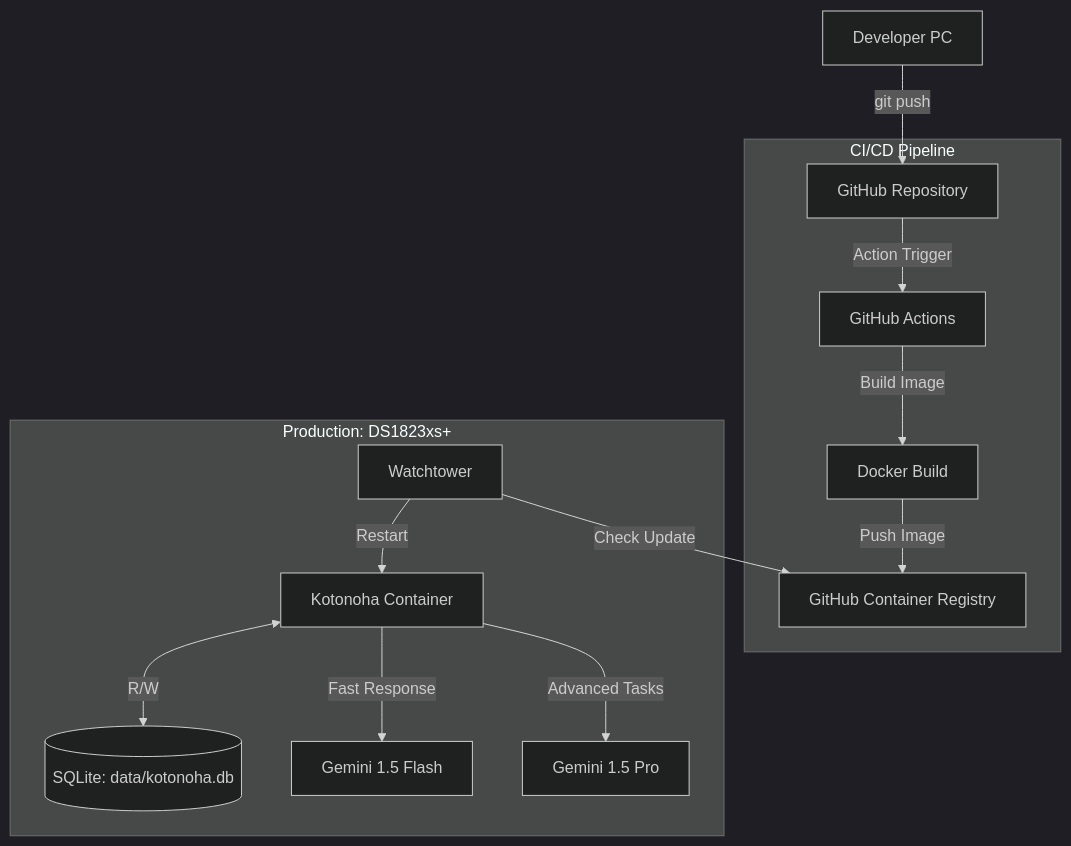
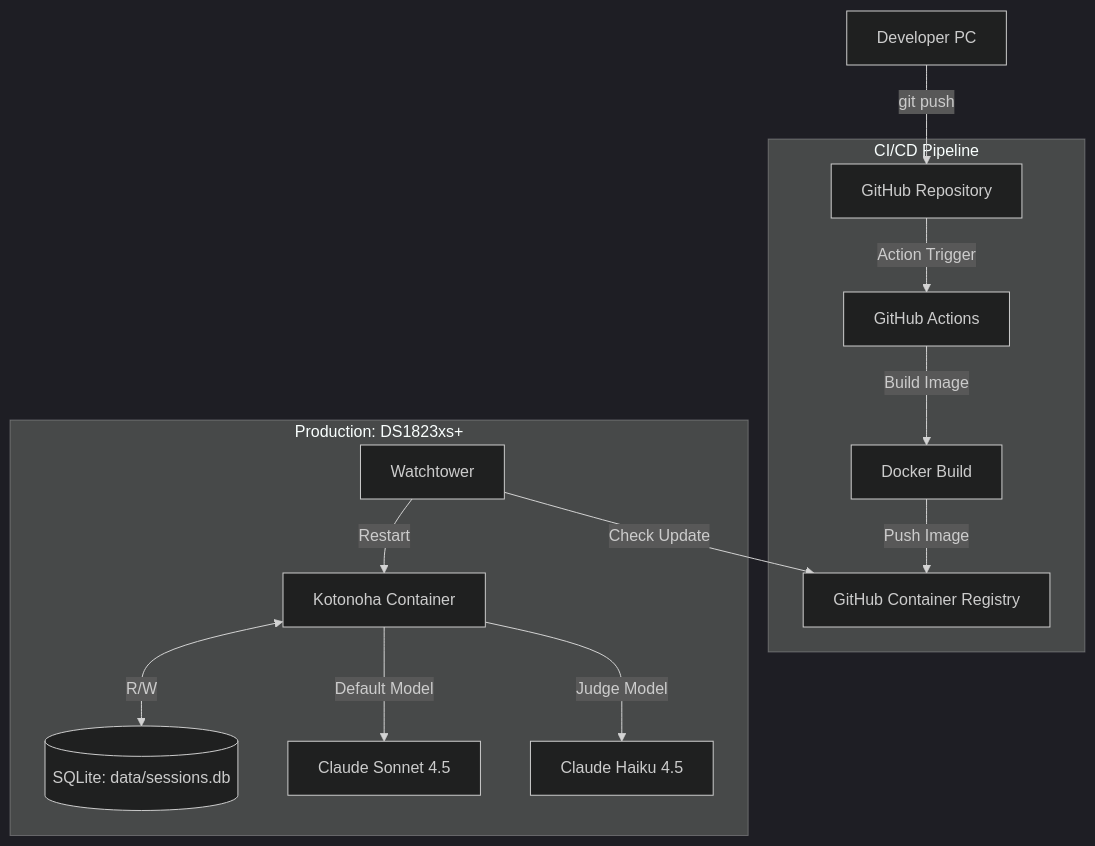
Before and after one commit to fluxrozin/kotonoha-bot: the diagram in docs/requirements/overview.md, drawn with Mermaid (dark theme). The commit also changed other lines of this file and 42 other files, not shown here.

````diff
--- a/docs/requirements/overview.md
+++ b/docs/requirements/overview.md
@@ -49,24 +52,24 @@
 ```mermaid
 graph TD
     %% Development Environment
     Dev[Developer PC] -->|git push| GitHub[GitHub Repository]
 
     %% CI/CD Pipeline
     subgraph "CI/CD Pipeline"
         GitHub -->|Action Trigger| GHA[GitHub Actions]
         GHA -->|Build Image| Docker[Docker Build]
         Docker -->|Push Image| GHCR[GitHub Container Registry]
     end
 
     %% Production Environment (Synology NAS)
     subgraph "Production: DS1823xs+"
         WT[Watchtower] -->|Check Update| GHCR
         WT -->|Restart| Kotonoha[Kotonoha Container]
 
-        Kotonoha <-->|R/W| DB[(SQLite: data/kotonoha.db)]
+        Kotonoha <-->|R/W| DB[(SQLite: data/sessions.db)]
 
         %% External APIs
-        Kotonoha -->|Fast Response| GeminiFlash[Gemini 1.5 Flash]
-        Kotonoha -->|Advanced Tasks| GeminiPro[Gemini 1.5 Pro]
+        Kotonoha -->|Default Model| ClaudeSonnet[Claude Sonnet 4.5]
+        Kotonoha -->|Judge Model| ClaudeHaiku[Claude Haiku 4.5]
     end
 ```
````
